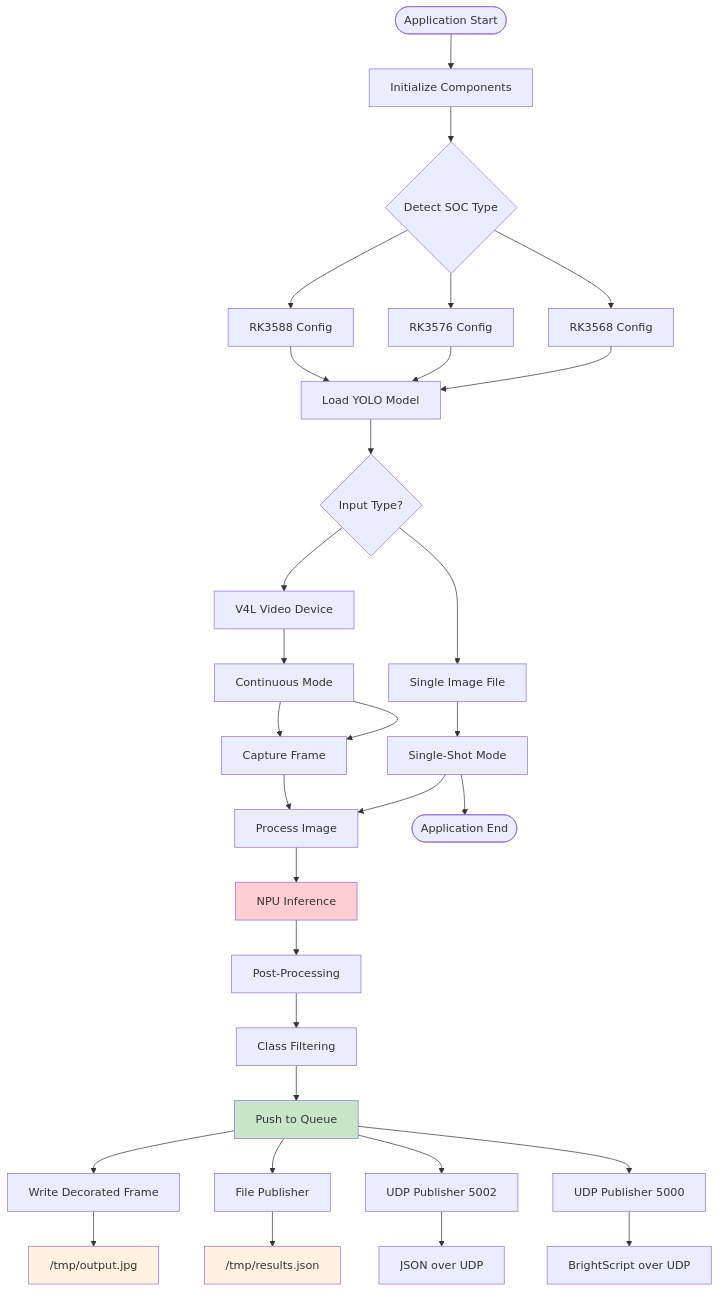
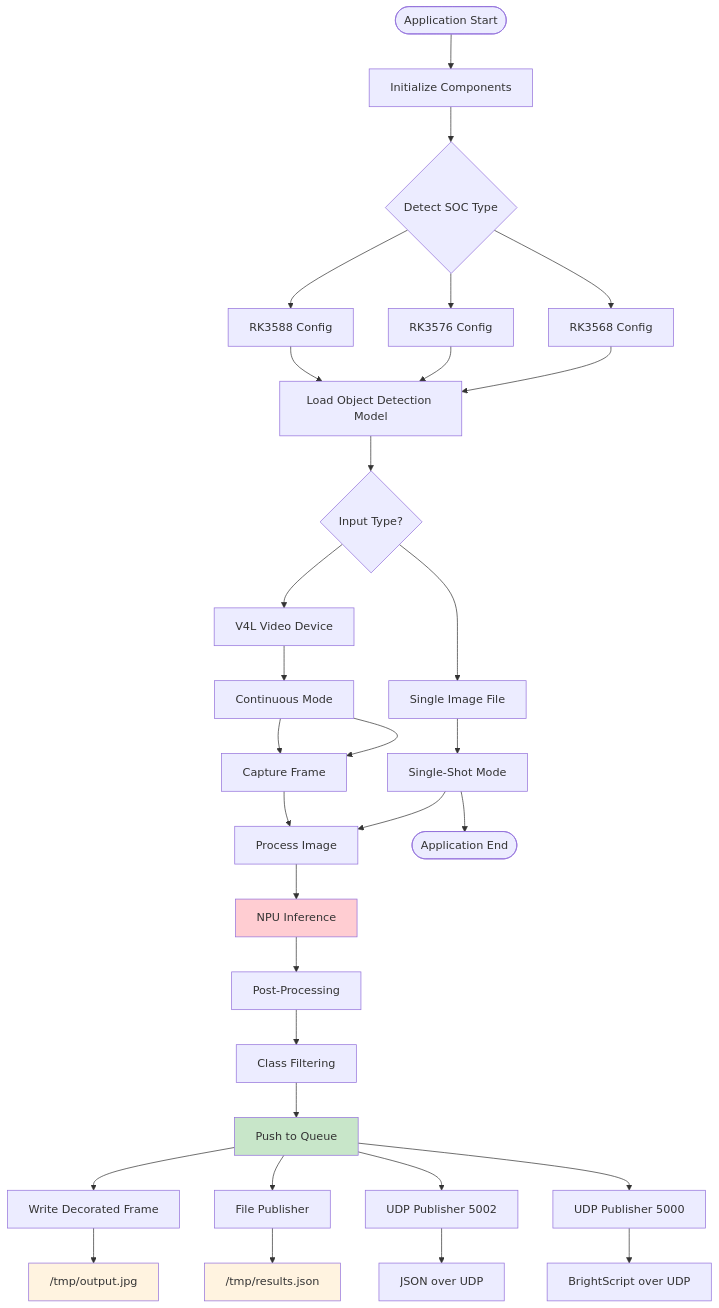
Before and after one commit to brightsign/brightsign-npu-object-extension: the seventh of 9 diagrams in docs/software-architecture.md, drawn with Mermaid. The commit also changed other lines of this file and 34 other files, not shown here.

First line of the commit message:
feat: complete YOLO to object detection redaction

````diff
--- a/docs/software-architecture.md
+++ b/docs/software-architecture.md
@@ -394,48 +394,48 @@
 ```mermaid
 flowchart TD
     START([Application Start]) --> INIT[Initialize Components]
     INIT --> SOC_DETECT{Detect SOC Type}
     
     SOC_DETECT --> RK3588[RK3588 Config]
     SOC_DETECT --> RK3576[RK3576 Config]
     SOC_DETECT --> RK3568[RK3568 Config]
     
-    RK3588 --> MODEL_LOAD[Load YOLO Model]
+    RK3588 --> MODEL_LOAD[Load Object Detection Model]
     RK3576 --> MODEL_LOAD
     RK3568 --> MODEL_LOAD
     
     MODEL_LOAD --> INPUT_TYPE{Input Type?}
     
     INPUT_TYPE --> VIDEO[V4L Video Device]
     INPUT_TYPE --> IMAGE[Single Image File]
     
     VIDEO --> CONTINUOUS[Continuous Mode]
     IMAGE --> SINGLE[Single-Shot Mode]
     
     CONTINUOUS --> CAPTURE[Capture Frame]
     SINGLE --> PROCESS[Process Image]
     
     CAPTURE --> PROCESS
     PROCESS --> NPU[NPU Inference]
     NPU --> POST[Post-Processing]
     POST --> FILTER[Class Filtering]
     FILTER --> QUEUE_PUSH[Push to Queue]
     
     QUEUE_PUSH --> FRAME_WRITE[Write Decorated Frame]
     QUEUE_PUSH --> PUB_FILE[File Publisher]
     QUEUE_PUSH --> PUB_UDP1[UDP Publisher 5002]
     QUEUE_PUSH --> PUB_UDP2[UDP Publisher 5000]
     
     FRAME_WRITE --> OUTPUT_IMG["/tmp/output.jpg"]
     PUB_FILE --> OUTPUT_JSON["/tmp/results.json"]
     PUB_UDP1 --> UDP_JSON[JSON over UDP]
     PUB_UDP2 --> UDP_BS[BrightScript over UDP]
     
     CONTINUOUS --> CAPTURE
     SINGLE --> END([Application End])
     
     style NPU fill:#ffcdd2
     style QUEUE_PUSH fill:#c8e6c9
     style OUTPUT_IMG fill:#fff3e0
     style OUTPUT_JSON fill:#fff3e0
 ```
````
